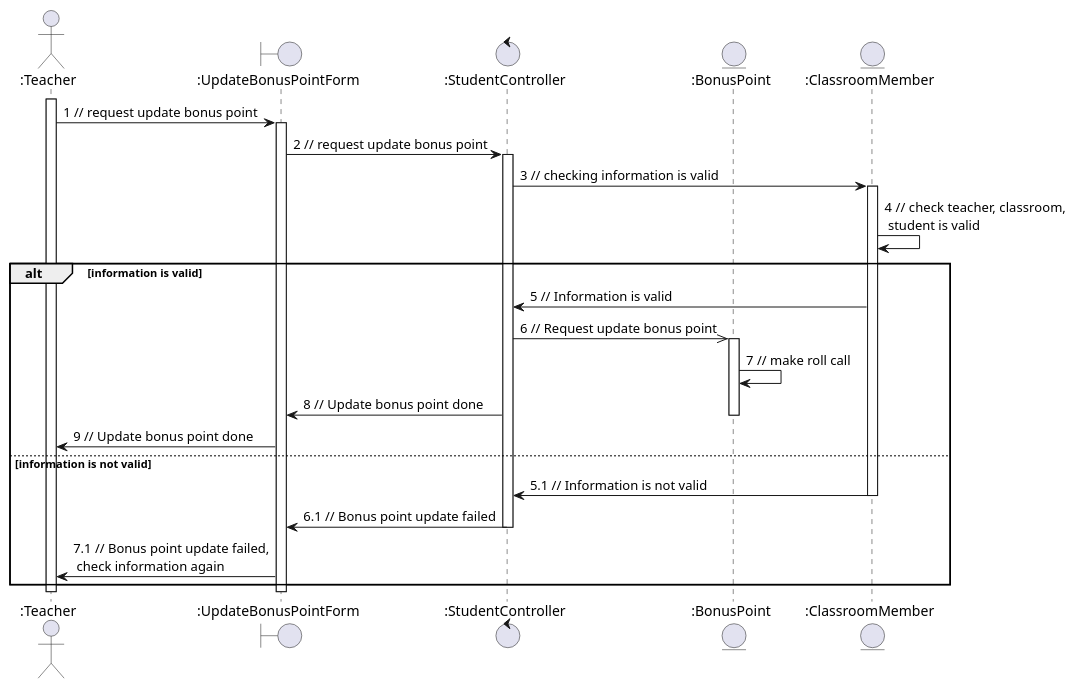
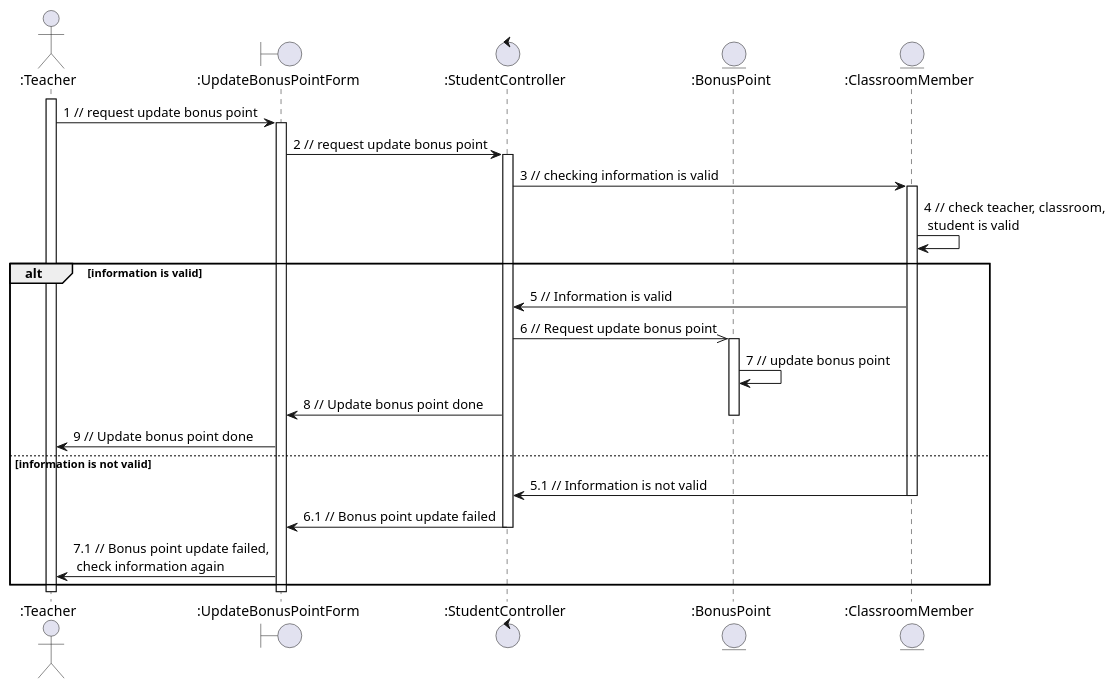
The diagram in sequence - analaysis/rollcall/updateBonusPoint.plantuml (anonyhostvn/OOAD-Diagram), drawn with PlantUML before and after one commit. The commit also changed 1 other file, not shown here.

```diff
--- a/sequence - analaysis/rollcall/updateBonusPoint.plantuml
+++ b/sequence - analaysis/rollcall/updateBonusPoint.plantuml
@@ -1,38 +1,38 @@
-@startuml updateRollCall
+@startuml updateBonusPoint
 
 actor ":Teacher"
 boundary ":UpdateBonusPointForm"
 control ":StudentController"
 entity ":BonusPoint"
 entity ":ClassroomMember"
 
 activate ":Teacher"
 
 ":Teacher" -> ":UpdateBonusPointForm": 1 // request update bonus point
 activate ":UpdateBonusPointForm"
 ":UpdateBonusPointForm" -> ":StudentController": 2 // request update bonus point
 activate ":StudentController"
 ":StudentController" -> ":ClassroomMember": 3 // checking information is valid
 activate ":ClassroomMember"
 ":ClassroomMember" -> ":ClassroomMember": 4 // check teacher, classroom, \n student is valid
 alt information is valid
     ":ClassroomMember" -> ":StudentController": 5 // Information is valid
     ":StudentController" ->> ":BonusPoint": 6 // Request update bonus point
     activate ":BonusPoint"
-    ":BonusPoint" -> ":BonusPoint": 7 // make roll call
+    ":BonusPoint" -> ":BonusPoint": 7 // update bonus point
     ":StudentController" -> ":UpdateBonusPointForm": 8 // Update bonus point done
     deactivate ":BonusPoint"
     ":UpdateBonusPointForm" -> ":Teacher": 9 // Update bonus point done
 else information is not valid
     ":ClassroomMember" -> ":StudentController": 5.1 // Information is not valid
     deactivate ":ClassroomMember"
     ":StudentController" -> ":UpdateBonusPointForm": 6.1 // Bonus point update failed
     deactivate ":StudentController"
     ":UpdateBonusPointForm" -> ":Teacher": 7.1 // Bonus point update failed,\n check information again
 end
 
 deactivate ":Teacher"
 deactivate ":UpdateBonusPointForm"
 
 
 @enduml
```
